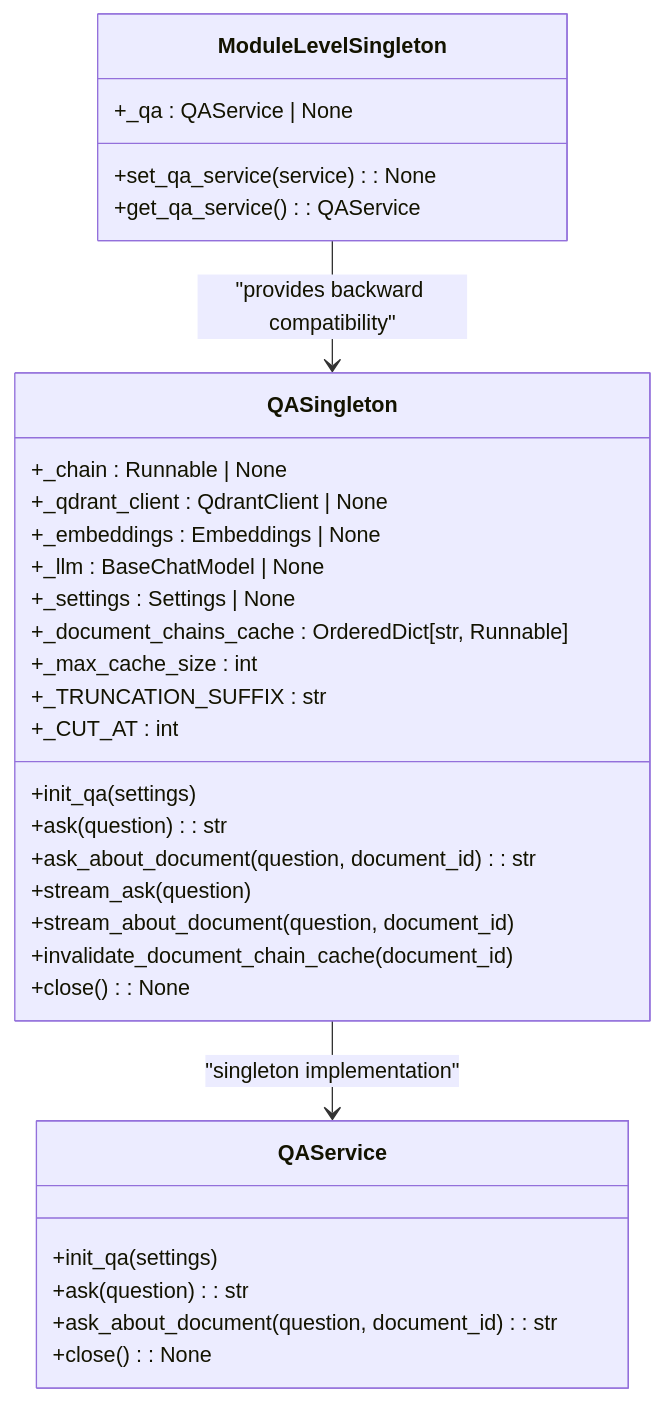
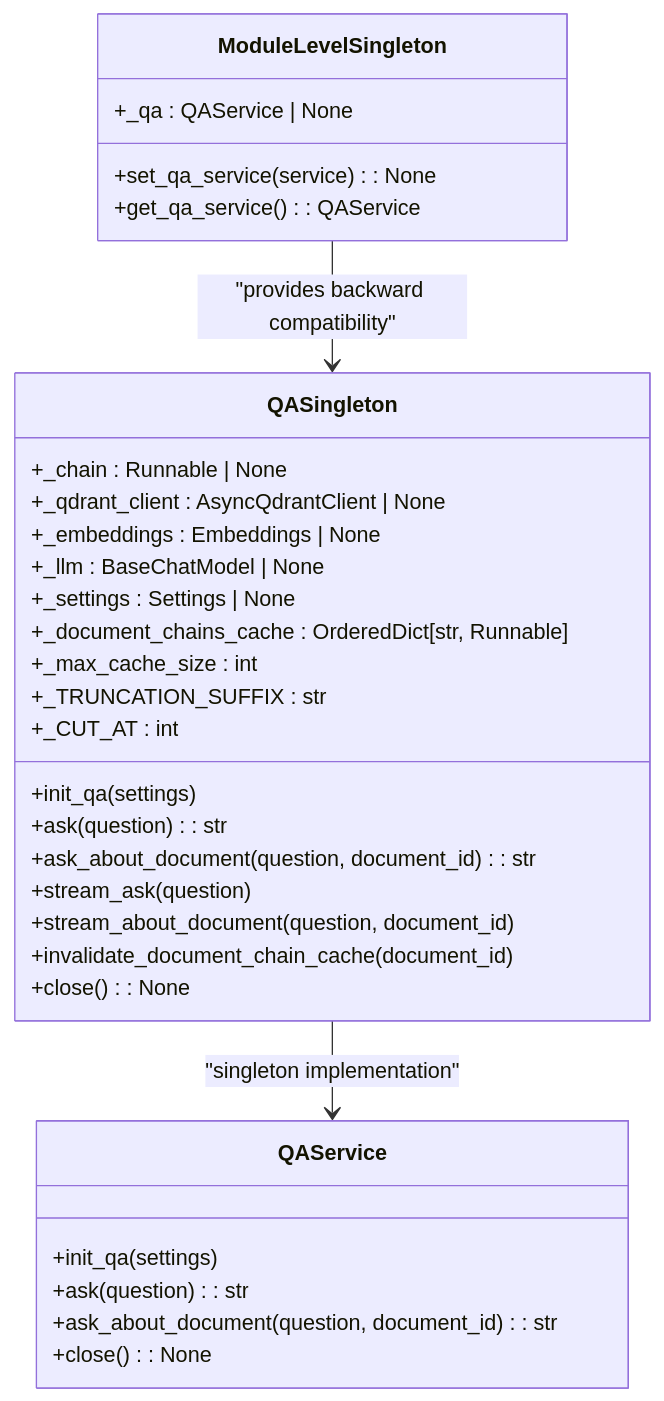
Before and after one commit to ognelis/cafetera_hr_bot: the sixth of 6 diagrams in .qoder/repowiki/en/content/RAG Integration/RAG Integration.md, drawn with Mermaid. The commit also changed other lines of this file and 25 other files, not shown here.

````diff
--- a/.qoder/repowiki/en/content/RAG Integration/RAG Integration.md
+++ b/.qoder/repowiki/en/content/RAG Integration/RAG Integration.md
@@ -500,34 +575,34 @@
 ```mermaid
 classDiagram
 class QASingleton {
 +_chain : Runnable | None
-+_qdrant_client : QdrantClient | None
++_qdrant_client : AsyncQdrantClient | None
 +_embeddings : Embeddings | None
 +_llm : BaseChatModel | None
 +_settings : Settings | None
 +_document_chains_cache : OrderedDict[str, Runnable]
 +_max_cache_size : int
 +_TRUNCATION_SUFFIX : str
 +_CUT_AT : int
 +init_qa(settings)
 +ask(question) : str
 +ask_about_document(question, document_id) : str
 +stream_ask(question)
 +stream_about_document(question, document_id)
 +invalidate_document_chain_cache(document_id)
 +close() : None
 }
 class ModuleLevelSingleton {
 +_qa : QAService | None
 +set_qa_service(service) : None
 +get_qa_service() : QAService
 }
 class QAService {
 +init_qa(settings)
 +ask(question) : str
 +ask_about_document(question, document_id) : str
 +close() : None
 }
 QASingleton --> QAService : "singleton implementation"
 ModuleLevelSingleton --> QASingleton : "provides backward compatibility"
 ```
````
